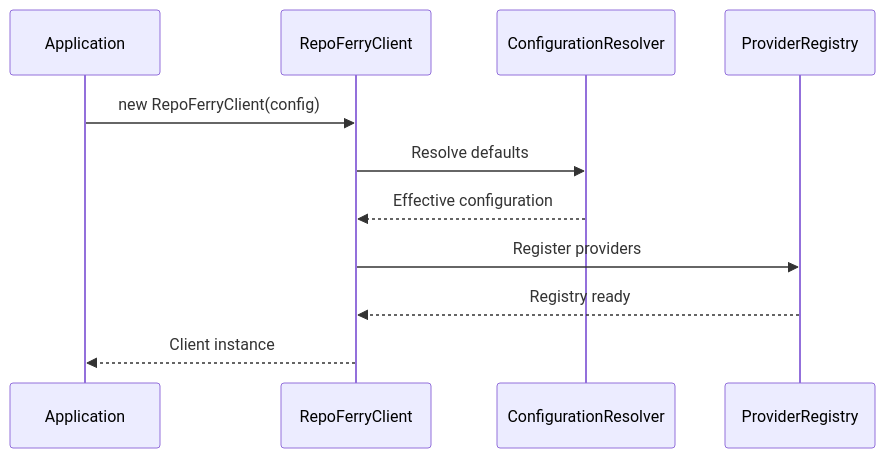
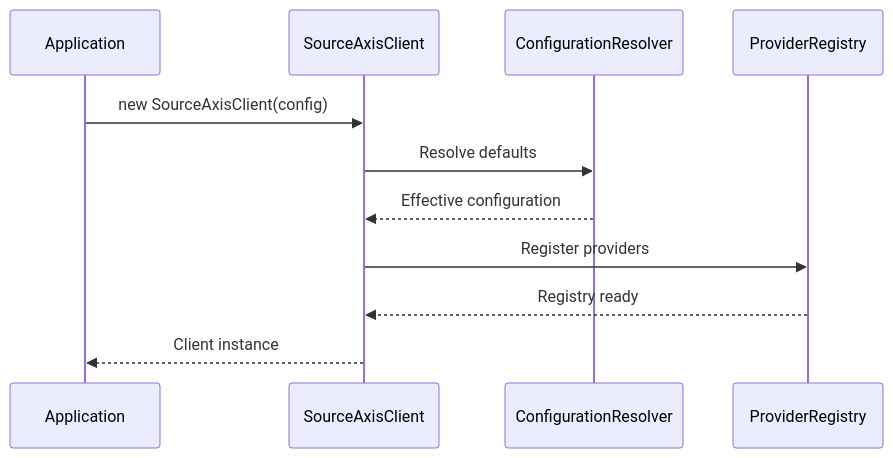
Before and after one commit to mriduldey/git-bridge: the sixth of 10 diagrams in docs/architecture/adr/ADR-004.md, drawn with Mermaid. The commit also changed other lines of this file and 118 other files, not shown here.

First line of the commit message:
Release v0.1.0: SourceAxis developer preview (#3)

````diff
--- a/docs/architecture/adr/ADR-004.md
+++ b/docs/architecture/adr/ADR-004.md
@@ -752,15 +752,15 @@
 ```mermaid
 sequenceDiagram
 
-Application->>RepoFerryClient: new RepoFerryClient(config)
+Application->>SourceAxisClient: new SourceAxisClient(config)
 
-RepoFerryClient->>ConfigurationResolver: Resolve defaults
+SourceAxisClient->>ConfigurationResolver: Resolve defaults
 
-ConfigurationResolver-->>RepoFerryClient: Effective configuration
+ConfigurationResolver-->>SourceAxisClient: Effective configuration
 
-RepoFerryClient->>ProviderRegistry: Register providers
+SourceAxisClient->>ProviderRegistry: Register providers
 
-ProviderRegistry-->>RepoFerryClient: Registry ready
+ProviderRegistry-->>SourceAxisClient: Registry ready
 
-RepoFerryClient-->>Application: Client instance
+SourceAxisClient-->>Application: Client instance
 ```
````
